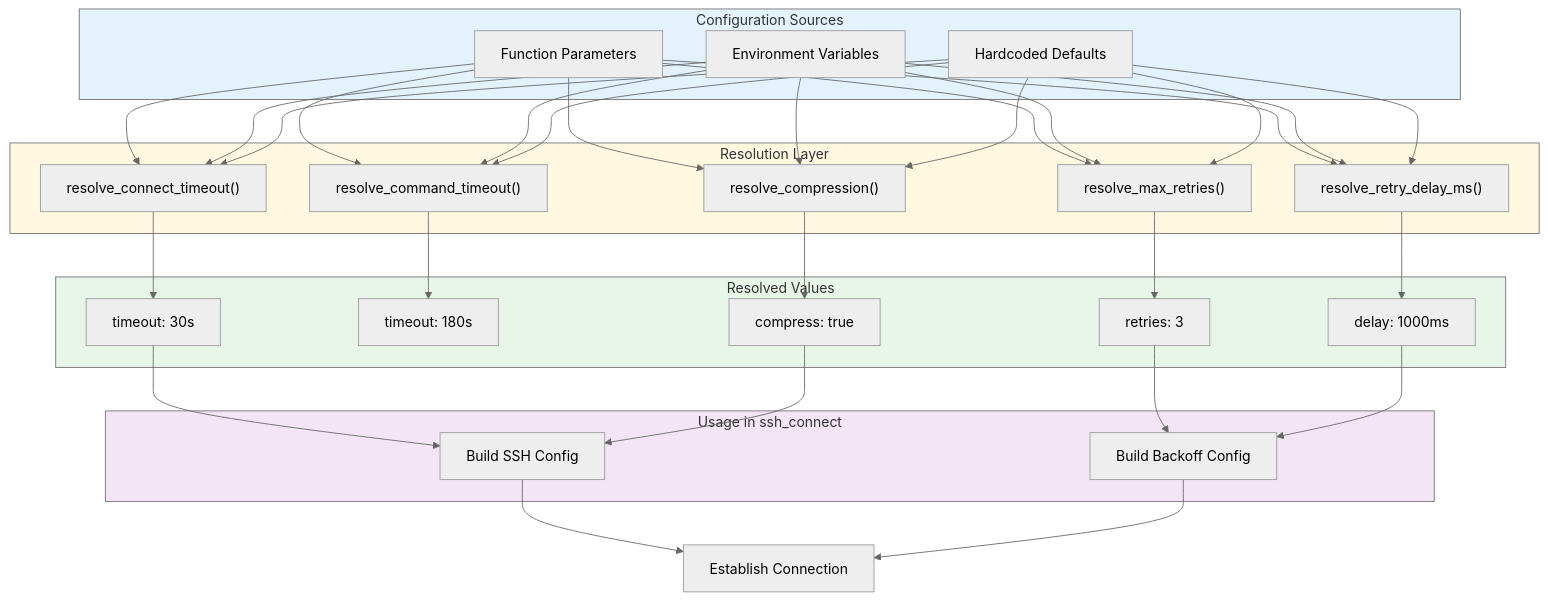
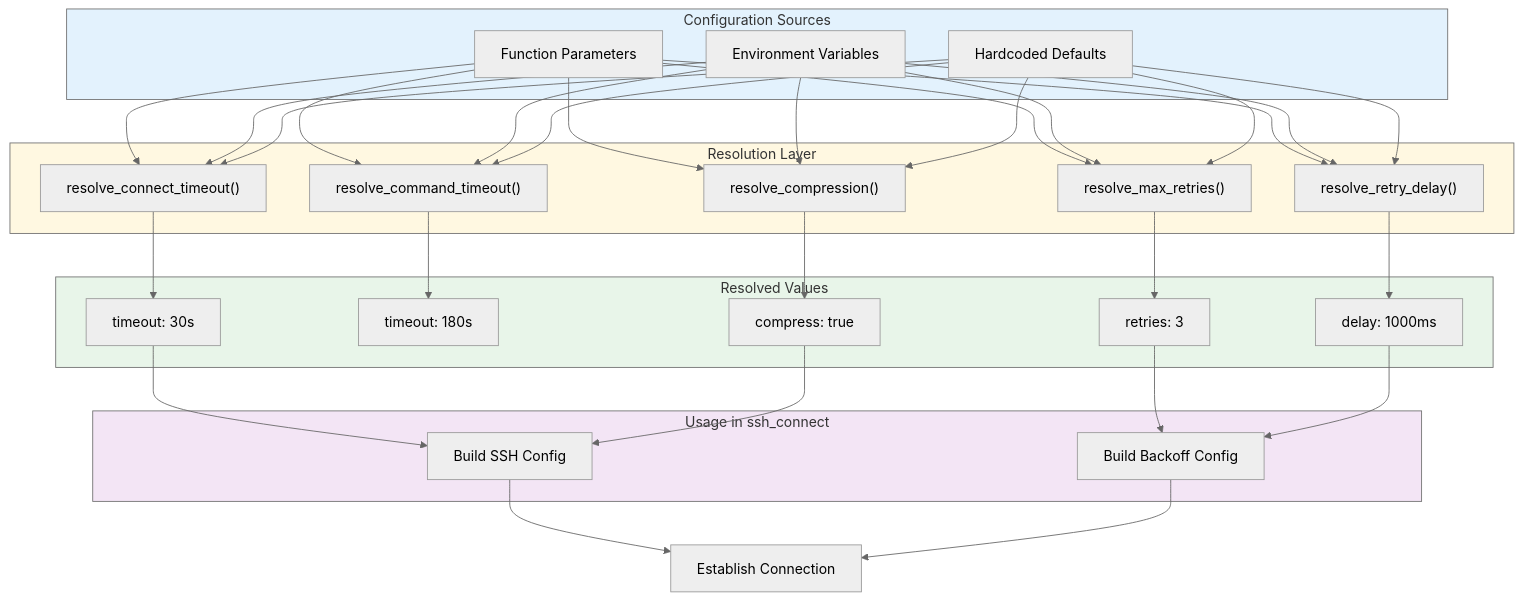
One commit to farchanjo/ssh-mcp changed the fourth of 4 diagrams in docs/CONFIGURATION.md. Above: the diagram before and after it, drawn with Mermaid (neutral theme). The commit also changed other lines of this file and 3 other files, not shown here.

````diff
--- a/docs/CONFIGURATION.md
+++ b/docs/CONFIGURATION.md
@@ -633,63 +635,63 @@
 ```mermaid
 flowchart TB
     subgraph Sources["Configuration Sources"]
         Param["Function Parameters"]
         Env["Environment Variables"]
         Default["Hardcoded Defaults"]
     end
 
     subgraph Resolution["Resolution Layer"]
         ResolveConnect["resolve_connect_timeout()"]
         ResolveCommand["resolve_command_timeout()"]
         ResolveRetries["resolve_max_retries()"]
-        ResolveDelay["resolve_retry_delay_ms()"]
+        ResolveDelay["resolve_retry_delay()"]
         ResolveCompress["resolve_compression()"]
     end
 
     subgraph Values["Resolved Values"]
         TimeoutConnect["timeout: 30s"]
         TimeoutCommand["timeout: 180s"]
         MaxRetries["retries: 3"]
         RetryDelay["delay: 1000ms"]
         Compression["compress: true"]
     end
 
     Param --> ResolveConnect
     Param --> ResolveCommand
     Param --> ResolveRetries
     Param --> ResolveDelay
     Param --> ResolveCompress
 
     Env --> ResolveConnect
     Env --> ResolveCommand
     Env --> ResolveRetries
     Env --> ResolveDelay
     Env --> ResolveCompress
 
     Default --> ResolveConnect
     Default --> ResolveCommand
     Default --> ResolveRetries
     Default --> ResolveDelay
     Default --> ResolveCompress
 
     ResolveConnect --> TimeoutConnect
     ResolveCommand --> TimeoutCommand
     ResolveRetries --> MaxRetries
     ResolveDelay --> RetryDelay
     ResolveCompress --> Compression
 
     subgraph Usage["Usage in ssh_connect"]
         TimeoutConnect --> BuildConfig["Build SSH Config"]
         Compression --> BuildConfig
         MaxRetries --> BackoffConfig["Build Backoff Config"]
         RetryDelay --> BackoffConfig
     end
 
     BuildConfig --> Connect["Establish Connection"]
     BackoffConfig --> Connect
 
     style Sources fill:#e3f2fd
     style Resolution fill:#fff8e1
     style Values fill:#e8f5e9
     style Usage fill:#f3e5f5
 ```
````
